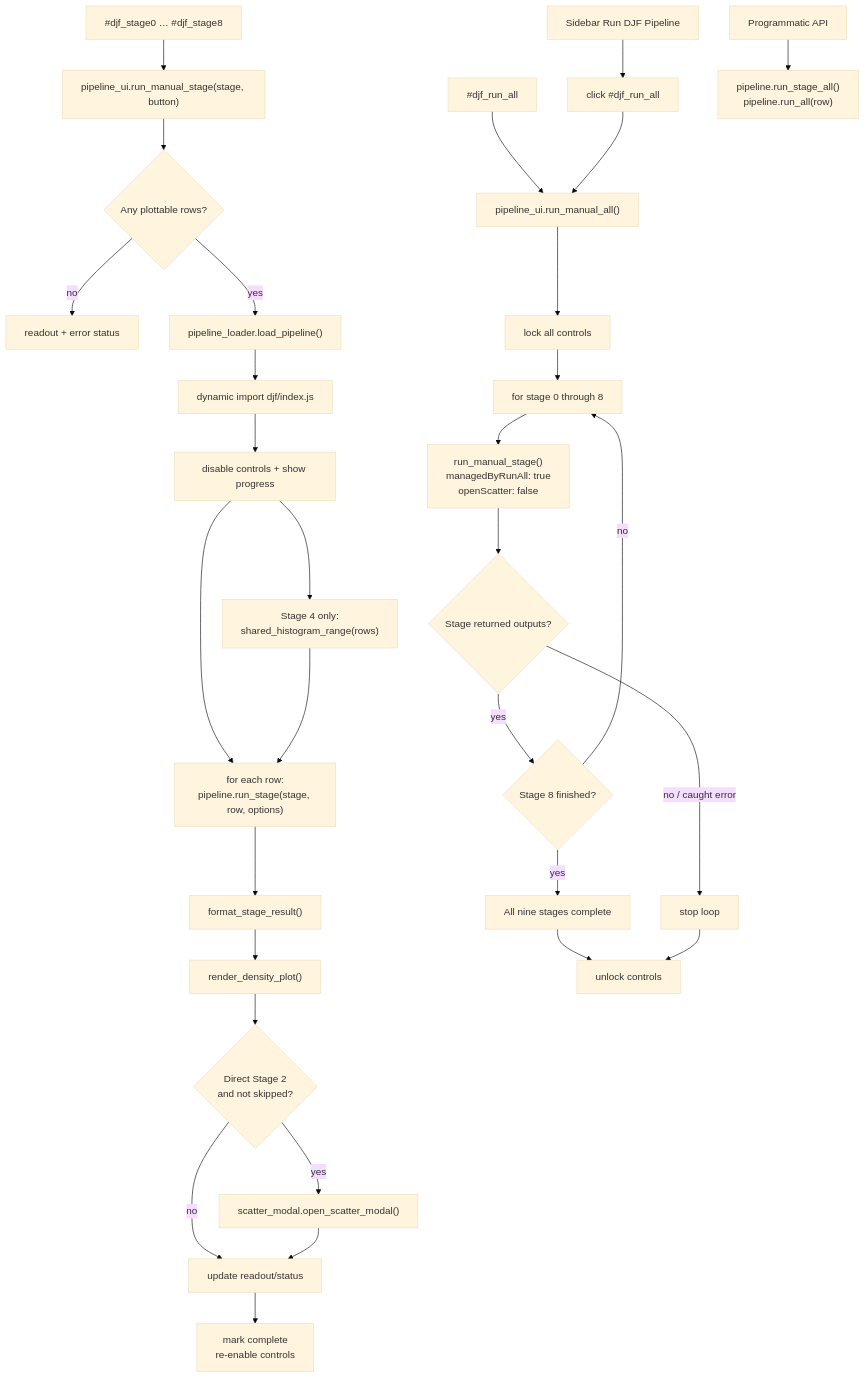
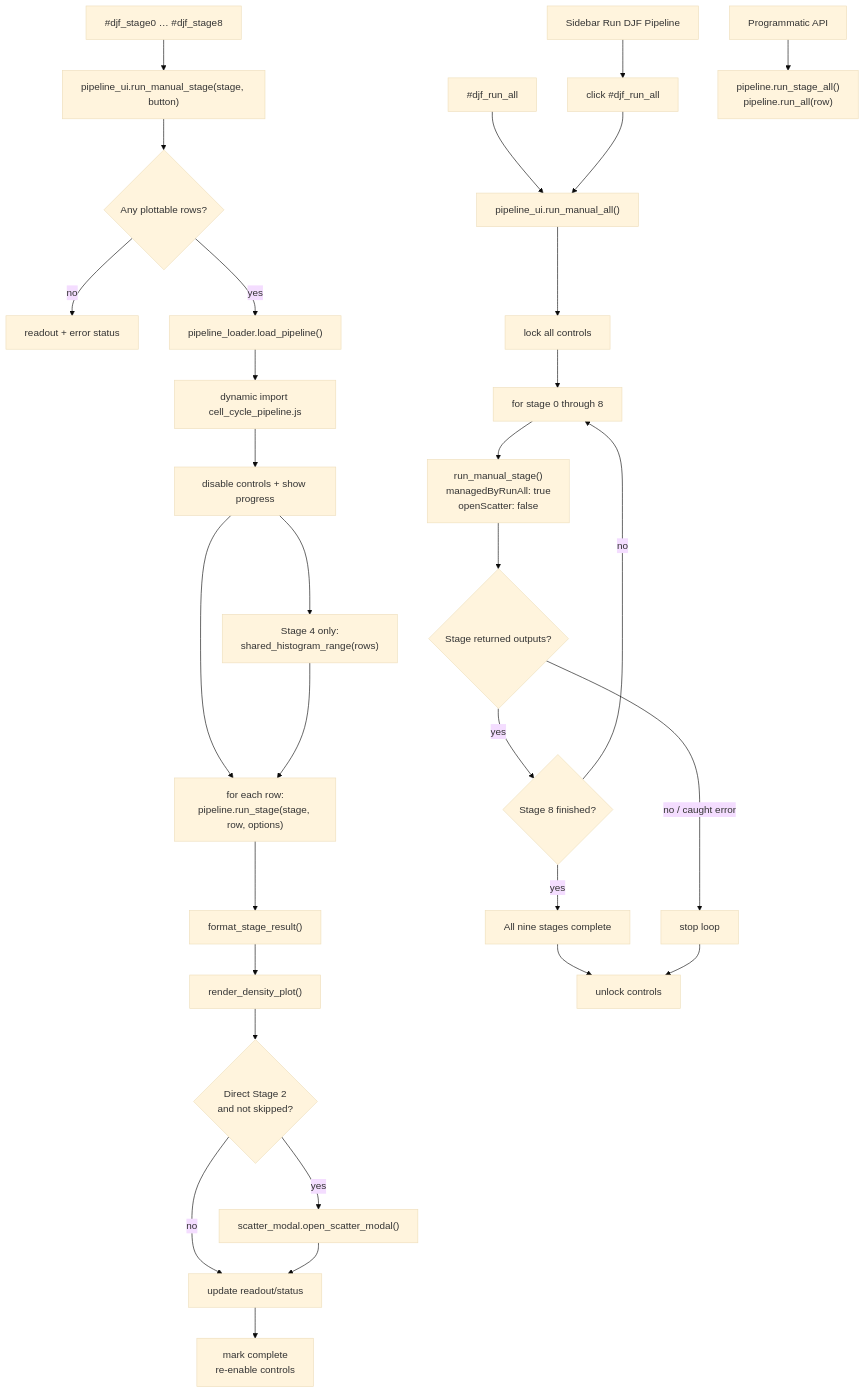
The third of 8 diagrams in docs/function-call-and-user-decision-graphs.md (Latent-Lens/PhaseFinder), drawn with Mermaid (base theme) before and after one commit. The commit also changed other lines of this file and 51 other files, not shown here.

Commit message:
refactor: modularize the cell-cycle analysis pipeline

````diff
--- a/docs/function-call-and-user-decision-graphs.md
+++ b/docs/function-call-and-user-decision-graphs.md
@@ -111,36 +111,36 @@
 ```mermaid
 flowchart TD
   M0["#djf_stage0 … #djf_stage8"] --> M1["pipeline_ui.run_manual_stage(stage, button)"]
   A0["#djf_run_all"] --> A1["pipeline_ui.run_manual_all()"]
   A2["Sidebar Run DJF Pipeline"] --> A3["click #djf_run_all"]
   A3 --> A1
 
   M1 --> Q0{"Any plottable rows?"}
   Q0 -- "no" --> Q1["readout + error status"]
   Q0 -- "yes" --> L0["pipeline_loader.load_pipeline()"]
-  L0 --> L1["dynamic import djf/index.js"]
+  L0 --> L1["dynamic import cell_cycle_pipeline.js"]
   L1 --> M2["disable controls + show progress"]
   M2 --> M3["Stage 4 only:<br/>shared_histogram_range(rows)"]
   M2 --> M4["for each row:<br/>pipeline.run_stage(stage, row, options)"]
   M3 --> M4
   M4 --> M5["format_stage_result()"]
   M5 --> M6["render_density_plot()"]
   M6 --> M7{"Direct Stage 2<br/>and not skipped?"}
   M7 -- "yes" --> M8["scatter_modal.open_scatter_modal()"]
   M7 -- "no" --> M9["update readout/status"]
   M8 --> M9
   M9 --> M10["mark complete<br/>re-enable controls"]
 
   A1 --> A4["lock all controls"]
   A4 --> A5["for stage 0 through 8"]
   A5 --> A6["run_manual_stage()<br/>managedByRunAll: true<br/>openScatter: false"]
   A6 --> A7{"Stage returned outputs?"}
   A7 -- "yes" --> A8{"Stage 8 finished?"}
   A8 -- "no" --> A5
   A8 -- "yes" --> A9["All nine stages complete"]
   A7 -- "no / caught error" --> A10["stop loop"]
   A9 --> A11["unlock controls"]
   A10 --> A11
 
   D0["Programmatic API"] --> D1["pipeline.run_stage_all()<br/>pipeline.run_all(row)"]
 ```
````
